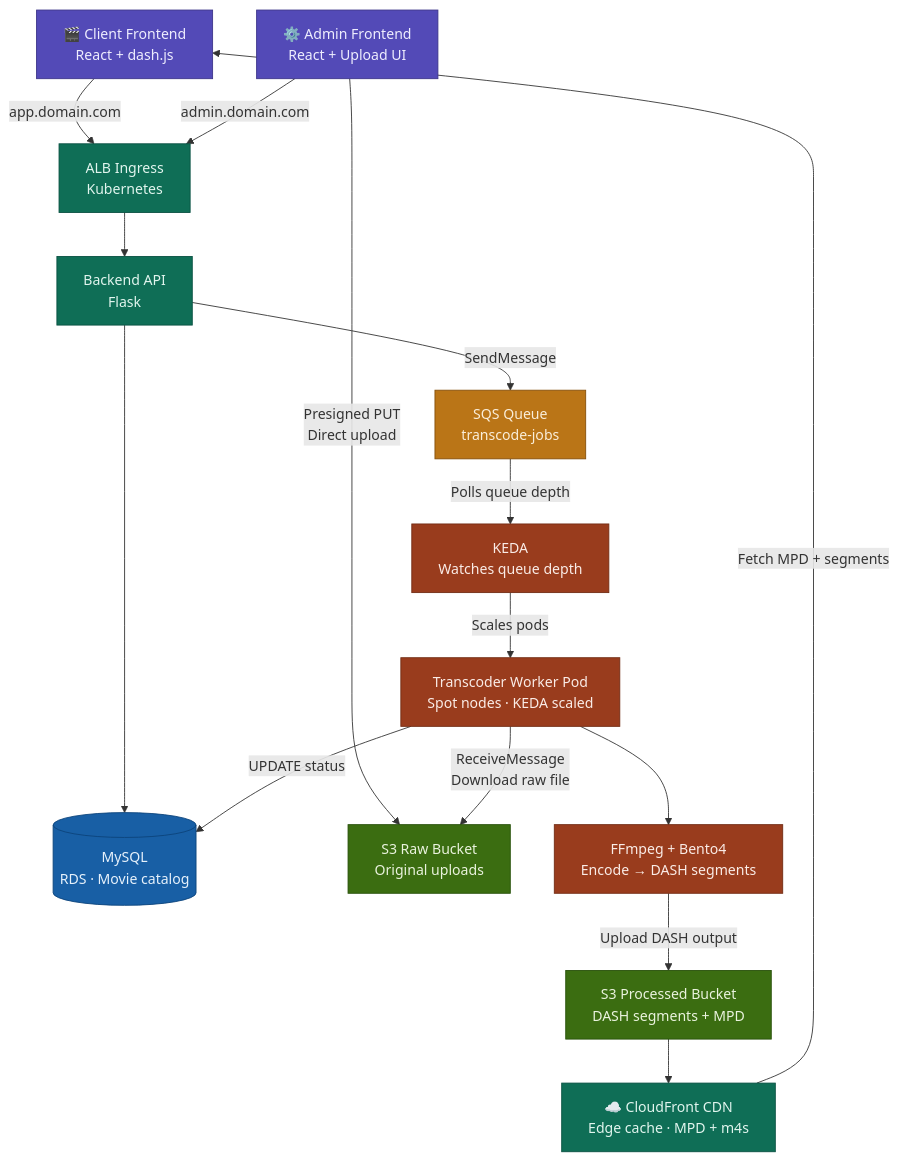
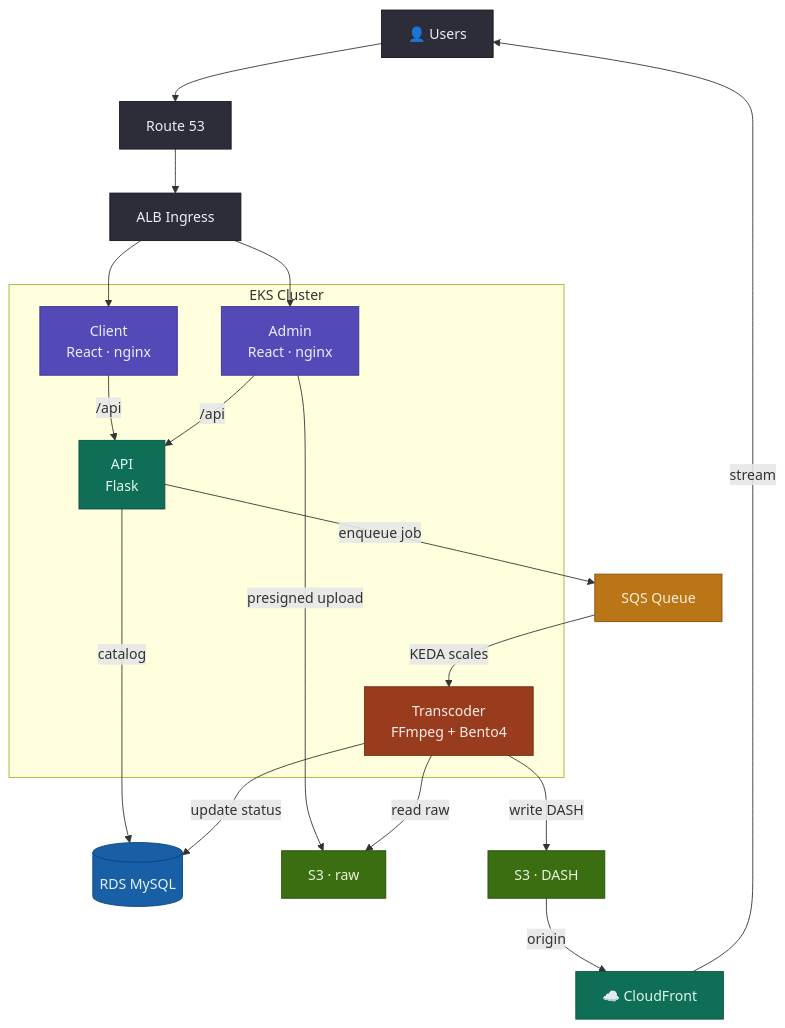
Before and after one commit to shivamsingh-07/animus: the diagram in README.md, drawn with Mermaid. The commit also changed other lines of this file and 14 other files, not shown here.

Commit message:
created helm chart

````diff
--- a/README.md
+++ b/README.md
@@ -78,67 +82,52 @@
 ```mermaid
-flowchart TD
-    %% ── Frontends ──
-    CF["🎬 Client Frontend\nReact + dash.js"]
-    AF["⚙️ Admin Frontend\nReact + Upload UI"]
+flowchart TB
+    User["👤 Users"]
+    R53["Route 53"]
+    ALB["ALB Ingress"]
 
-    %% ── Ingress ──
-    ALB["ALB Ingress\nKubernetes"]
+    subgraph EKS["EKS Cluster"]
+        CFE["Client\nReact · nginx"]
+        AFE["Admin\nReact · nginx"]
+        BE["API\nFlask"]
+        WK["Transcoder\nFFmpeg + Bento4"]
+    end
 
-    %% ── Backend ──
-    BE["Backend API\nFlask"]
+    DB[("RDS MySQL")]
+    SQS["SQS Queue"]
+    S3R["S3 · raw"]
+    S3P["S3 · DASH"]
+    CDN["☁️ CloudFront"]
 
-    %% ── Storage layer ──
-    DB[("MySQL\nRDS · Movie catalog")]
-    SQS["SQS Queue\ntranscode-jobs"]
+    User --> R53 --> ALB
+    ALB --> CFE
+    ALB --> AFE
+    CFE -->|"/api"| BE
+    AFE -->|"/api"| BE
+    AFE -->|"presigned upload"| S3R
+    BE -->|"catalog"| DB
+    BE -->|"enqueue job"| SQS
+    SQS -->|"KEDA scales"| WK
+    WK -->|"read raw"| S3R
+    WK -->|"write DASH"| S3P
+    WK -->|"update status"| DB
+    S3P -->|"origin"| CDN
+    CDN -->|"stream"| User
 
-    %% ── S3 ──
-    S3R["S3 Raw Bucket\nOriginal uploads"]
-    S3P["S3 Processed Bucket\nDASH segments + MPD"]
-
-    %% ── Transcoding ──
-    KEDA["KEDA\nWatches queue depth"]
-    TW["Transcoder Worker Pod\nSpot nodes · KEDA scaled"]
-    FF["FFmpeg + Bento4\nEncode → DASH segments"]
-
-    %% ── CDN ──
-    CDN["☁️ CloudFront CDN\nEdge cache · MPD + m4s"]
-
-    %% ── Flows ──
-    CF -->|"app.domain.com"| ALB
-    AF -->|"admin.domain.com"| ALB
-    ALB --> BE
-
-    BE --> DB
-    BE -->|"SendMessage"| SQS
-
-    AF -->|"Presigned PUT\nDirect upload"| S3R
-
-    SQS -->|"Polls queue depth"| KEDA
-    KEDA -->|"Scales pods"| TW
-
-    TW -->|"ReceiveMessage\nDownload raw file"| S3R
-    TW --> FF
-    TW -->|"UPDATE status"| DB
-
-    FF -->|"Upload DASH output"| S3P
-    S3P --> CDN
-
-    CDN -->|"Fetch MPD + segments"| CF
-
-    %% ── Styles ──
+    classDef edge      fill:#2D2D3A,stroke:#15151D,color:#EDEDF5
     classDef frontend  fill:#534AB7,stroke:#3C3489,color:#EEEDFE
     classDef backend   fill:#0F6E56,stroke:#085041,color:#E1F5EE
     classDef storage   fill:#185FA5,stroke:#0C447C,color:#E6F1FB
     classDef queue     fill:#BA7517,stroke:#854F0B,color:#FAEEDA
     classDef s3        fill:#3B6D11,stroke:#27500A,color:#EAF3DE
     classDef transcode fill:#993C1D,stroke:#712B13,color:#FAECE7
     classDef cdn       fill:#0F6E56,stroke:#085041,color:#E1F5EE
 
-    class CF,AF frontend
-    class ALB,BE backend
+    class User,R53,ALB edge
+    class CFE,AFE frontend
+    class BE backend
     class DB storage
     class SQS queue
     class S3R,S3P s3
-    class KEDA,TW,FF transcode
+    class WK transcode
     class CDN cdn
 ```
````
